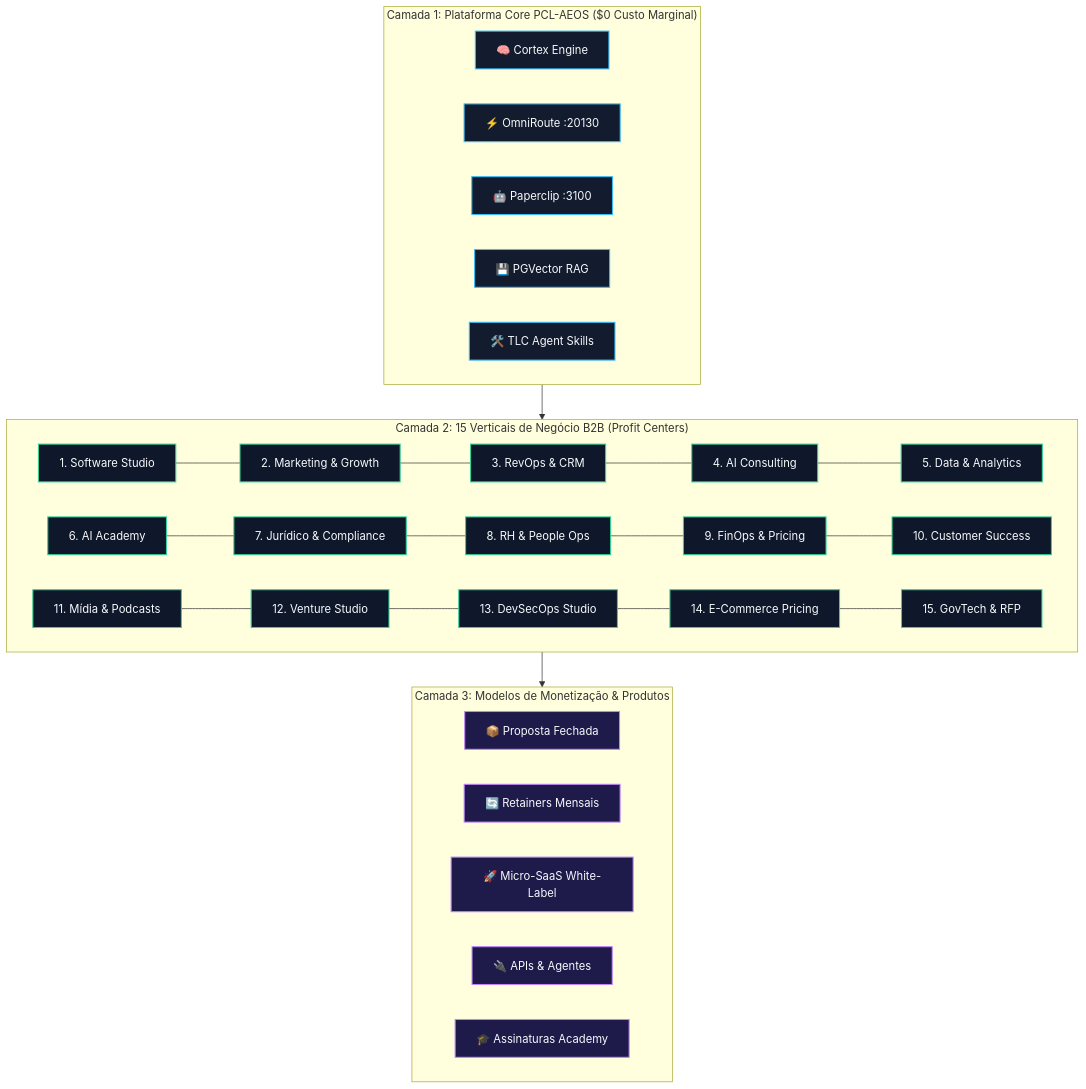
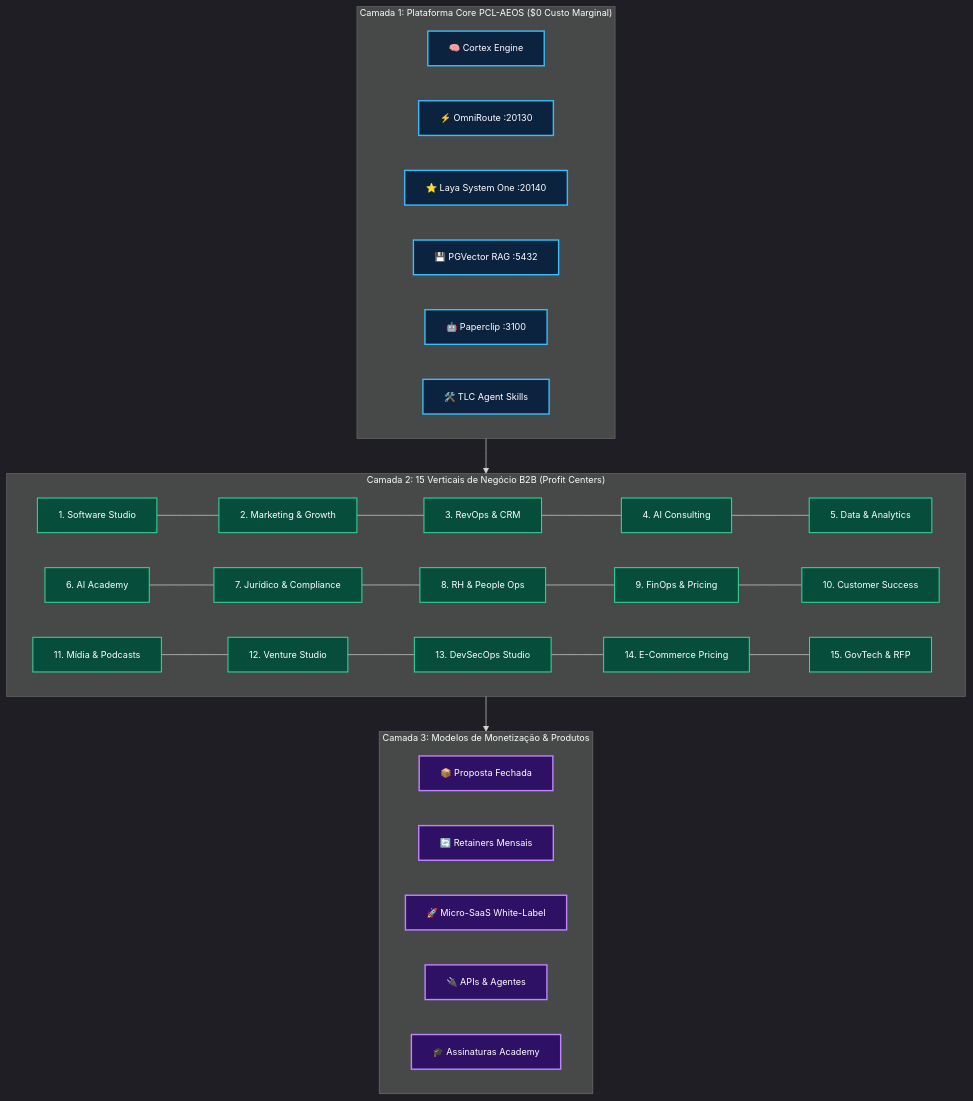
One commit to EnterDufter/PromptCoreLabs_AEOS changed the third of 5 diagrams in governance/operating-model.md. Above: the diagram before and after it, drawn with Mermaid. The commit also changed other lines of this file and 8 other files, not shown here.

Commit message:
style(mermaid): calibrate diagram dimensions, anti-clipping CSS and add cortex mermaid governance

````diff
--- a/governance/operating-model.md
+++ b/governance/operating-model.md
@@ -76,47 +76,51 @@
 ```mermaid
+%%{init: {'theme': 'dark', 'themeVariables': { 'fontSize': '13px', 'fontFamily': 'Inter, sans-serif' }}}%%
 graph TD
-    classDef platform fill:#131b2e,stroke:#38bdf8,stroke-width:1.5px,color:#f8fafc;
-    classDef verticals fill:#0f172a,stroke:#34d399,stroke-width:1.5px,color:#f8fafc;
-    classDef products fill:#1e1b4b,stroke:#c084fc,stroke-width:1.5px,color:#f8fafc;
+    classDef platform fill:#0c2340,stroke:#38bdf8,stroke-width:2px,color:#ffffff;
+    classDef verticals fill:#064e3b,stroke:#34d399,stroke-width:1.5px,color:#ffffff;
+    classDef products fill:#2e1065,stroke:#c084fc,stroke-width:2px,color:#ffffff;
 
     subgraph Layer1["Camada 1: Plataforma Core PCL-AEOS ($0 Custo Marginal)"]
+        direction LR
         C1["🧠 Cortex Engine"]:::platform
         C2["⚡ OmniRoute :20130"]:::platform
-        C3["🤖 Paperclip :3100"]:::platform
-        C4["💾 PGVector RAG"]:::platform
-        C5["🛠️ TLC Agent Skills"]:::platform
+        C3["⭐ Laya System One :20140"]:::platform
+        C4["💾 PGVector RAG :5432"]:::platform
+        C5["🤖 Paperclip :3100"]:::platform
+        C6["🛠️ TLC Agent Skills"]:::platform
     end
 
     subgraph Layer2["Camada 2: 15 Verticais de Negócio B2B (Profit Centers)"]
         V1["1. Software Studio"]:::verticals
         V2["2. Marketing & Growth"]:::verticals
         V3["3. RevOps & CRM"]:::verticals
         V4["4. AI Consulting"]:::verticals
         V5["5. Data & Analytics"]:::verticals
         V6["6. AI Academy"]:::verticals
         V7["7. Jurídico & Compliance"]:::verticals
         V8["8. RH & People Ops"]:::verticals
         V9["9. FinOps & Pricing"]:::verticals
         V10["10. Customer Success"]:::verticals
         V11["11. Mídia & Podcasts"]:::verticals
         V12["12. Venture Studio"]:::verticals
         V13["13. DevSecOps Studio"]:::verticals
         V14["14. E-Commerce Pricing"]:::verticals
         V15["15. GovTech & RFP"]:::verticals
         
         V1 --- V2 --- V3 --- V4 --- V5
         V6 --- V7 --- V8 --- V9 --- V10
         V11 --- V12 --- V13 --- V14 --- V15
     end
 
     subgraph Layer3["Camada 3: Modelos de Monetização & Produtos"]
+        direction LR
         P1["📦 Proposta Fechada"]:::products
         P2["🔄 Retainers Mensais"]:::products
         P3["🚀 Micro-SaaS White-Label"]:::products
         P4["🔌 APIs & Agentes"]:::products
         P5["🎓 Assinaturas Academy"]:::products
     end
 
     Layer1 --> Layer2
     Layer2 --> Layer3
 ```
````
